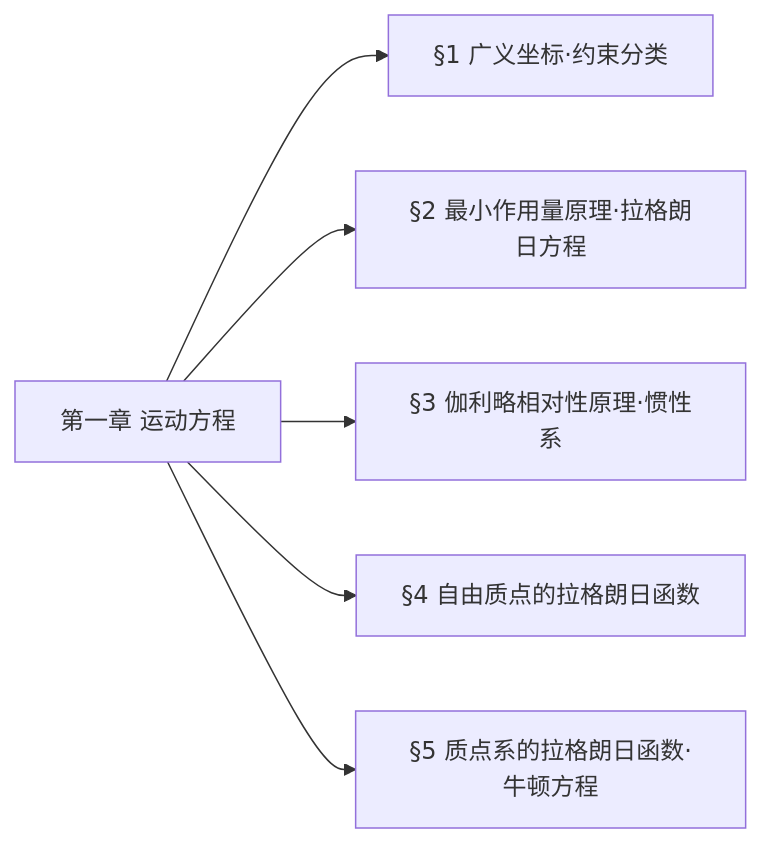
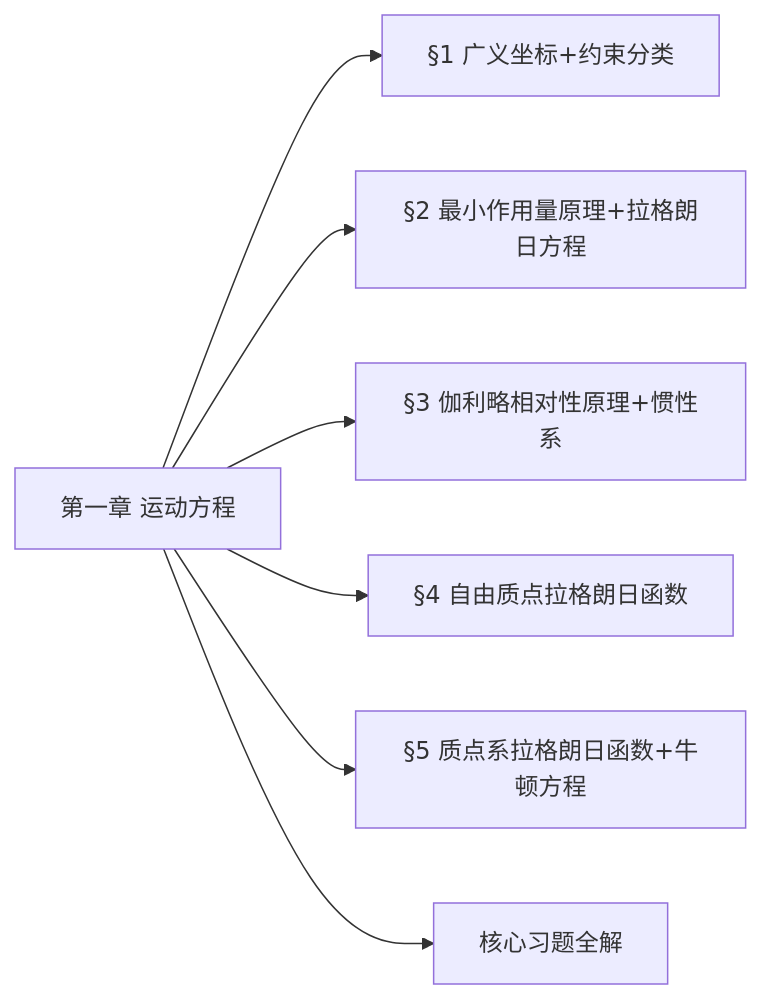
Before and after one commit to ylking888/DMT_cloud: the diagram in 理论物理学/第一章 运动方程（来自豆包思考模式）.md, drawn with Mermaid. The commit also changed other lines of this file, not shown here.

````diff
--- a/理论物理学/第一章 运动方程（来自豆包思考模式）.md
+++ b/理论物理学/第一章 运动方程（来自豆包思考模式）.md
@@ -2,8 +11,9 @@
 ```mermaid
 graph LR
-A[第一章 运动方程] --> B[§1 广义坐标·约束分类]
-A --> C[§2 最小作用量原理·拉格朗日方程]
-A --> D[§3 伽利略相对性原理·惯性系]
-A --> E[§4 自由质点的拉格朗日函数]
-A --> F[§5 质点系的拉格朗日函数·牛顿方程]
+A[第一章 运动方程] --> B[§1 广义坐标+约束分类]
+A --> C[§2 最小作用量原理+拉格朗日方程]
+A --> D[§3 伽利略相对性原理+惯性系]
+A --> E[§4 自由质点拉格朗日函数]
+A --> F[§5 质点系拉格朗日函数+牛顿方程]
+A --> G[核心习题全解]
 ```
````
